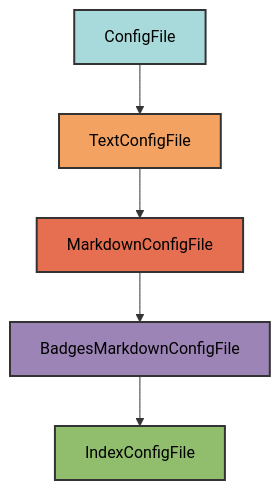
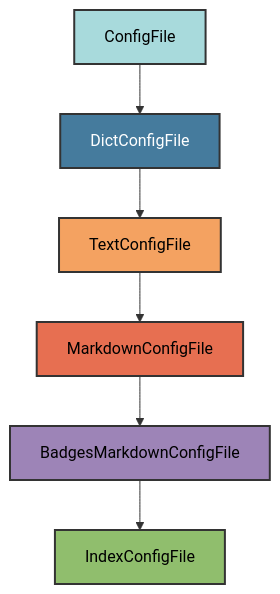
Before and after one commit to Winipedia/pyrig: the diagram in docs/configs/index_md.md, drawn with Mermaid. The commit also changed other lines of this file and 21 other files, not shown here.

````diff
--- a/docs/configs/index_md.md
+++ b/docs/configs/index_md.md
@@ -19,13 +19,15 @@
 ```mermaid
 graph TD
-    A[ConfigFile] --> B[TextConfigFile]
-    B --> C[MarkdownConfigFile]
-    C --> D[BadgesMarkdownConfigFile]
-    D --> E[IndexConfigFile]
+    A[ConfigFile] --> B[DictConfigFile]
+    B --> C[TextConfigFile]
+    C --> D[MarkdownConfigFile]
+    D --> E[BadgesMarkdownConfigFile]
+    E --> F[IndexConfigFile]
 
     style A fill:#a8dadc,stroke:#333,stroke-width:2px,color:#000
-    style B fill:#f4a261,stroke:#333,stroke-width:2px,color:#000
-    style C fill:#e76f51,stroke:#333,stroke-width:2px,color:#000
-    style D fill:#9d84b7,stroke:#333,stroke-width:2px,color:#000
-    style E fill:#90be6d,stroke:#333,stroke-width:2px,color:#000
+    style B fill:#457b9d,stroke:#333,stroke-width:2px,color:#fff
+    style C fill:#f4a261,stroke:#333,stroke-width:2px,color:#000
+    style D fill:#e76f51,stroke:#333,stroke-width:2px,color:#000
+    style E fill:#9d84b7,stroke:#333,stroke-width:2px,color:#000
+    style F fill:#90be6d,stroke:#333,stroke-width:2px,color:#000
 ```
````
